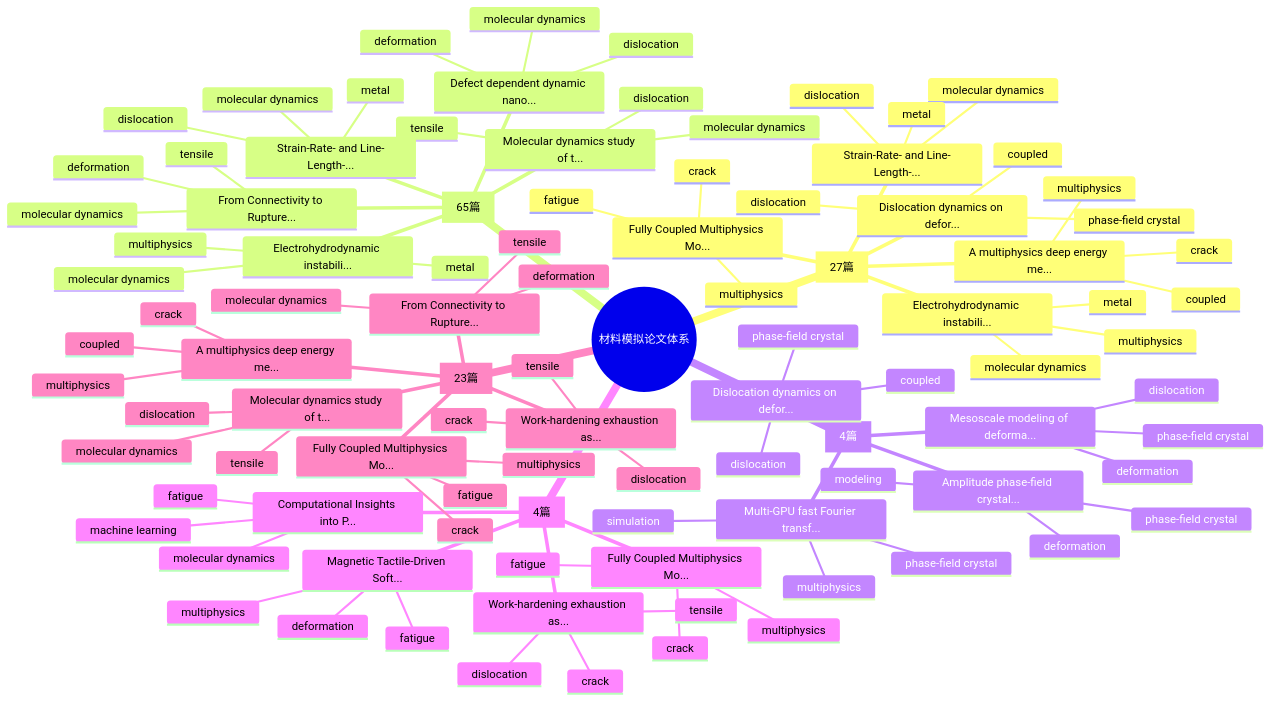
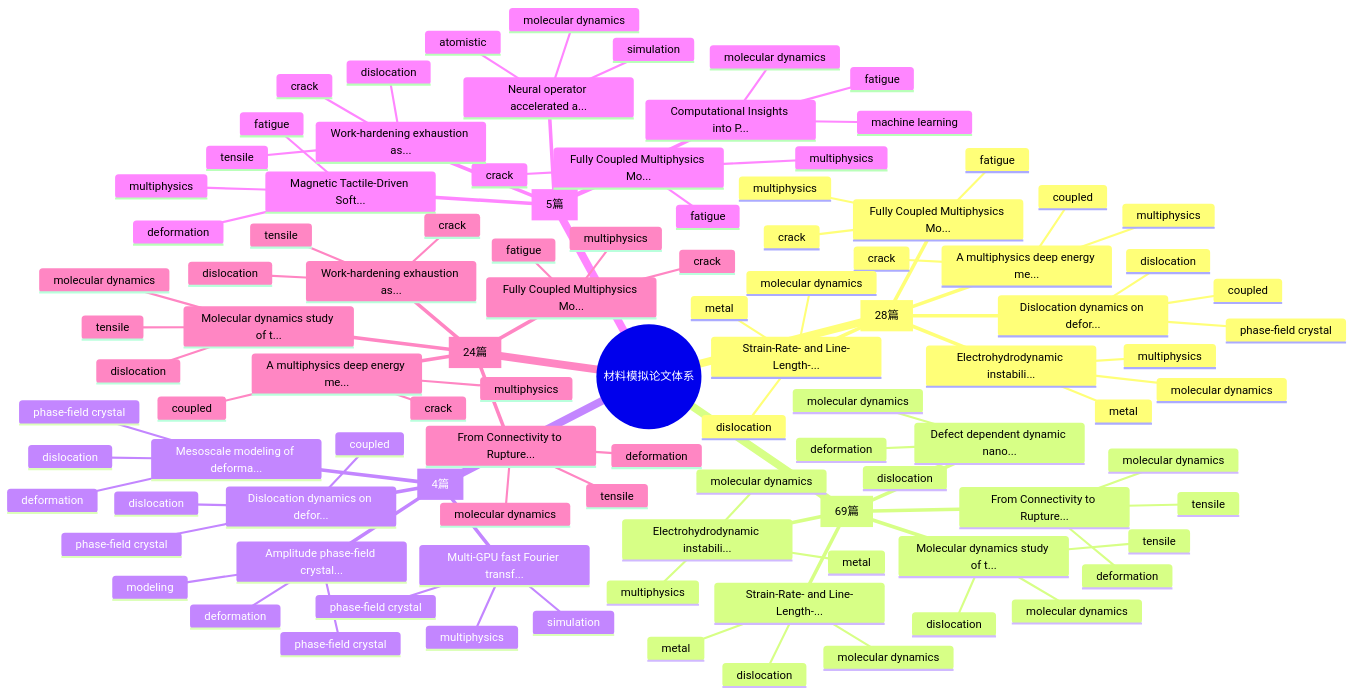
The first of 2 diagrams in README.md (Shirakawa11111/BJK_readpaper), drawn with Mermaid before and after one commit. The commit also changed other lines of this file and 21 other files, not shown here.

````diff
--- a/README.md
+++ b/README.md
@@ -94,7 +94,7 @@
 ```mermaid
 mindmap
   root((材料模拟论文体系))
-    Multiphysics Coupling [27篇]
+    Multiphysics Coupling [28篇]
       Fully Coupled Multiphysics Mo...
         fatigue
         multiphysics
@@ -115,7 +115,7 @@
         molecular dynamics
         dislocation
         metal
-    Molecular Dynamics [65篇]
+    Molecular Dynamics [69篇]
       Molecular dynamics study of t...
         molecular dynamics
         dislocation
@@ -153,7 +153,7 @@
         phase-field crystal
         dislocation
         deformation
-    Metal Fatigue Simulation [4篇]
+    Metal Fatigue Simulation [5篇]
       Fully Coupled Multiphysics Mo...
         fatigue
         multiphysics
@@ -170,7 +170,11 @@
         multiphysics
         fatigue
         deformation
-    Tensile / Deformation Simulation [23篇]
+      Neural operator accelerated a...
+        molecular dynamics
+        atomistic
+        simulation
+    Tensile / Deformation Simulation [24篇]
       Fully Coupled Multiphysics Mo...
         fatigue
         multiphysics
````
